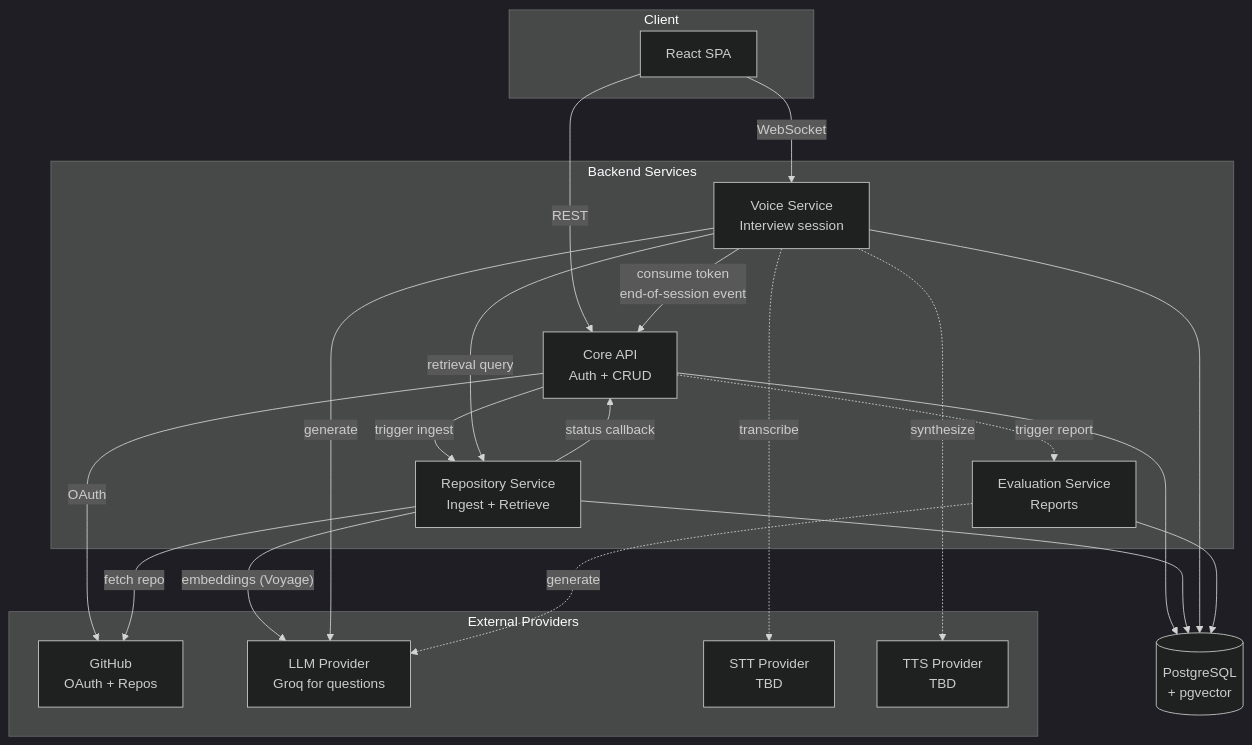
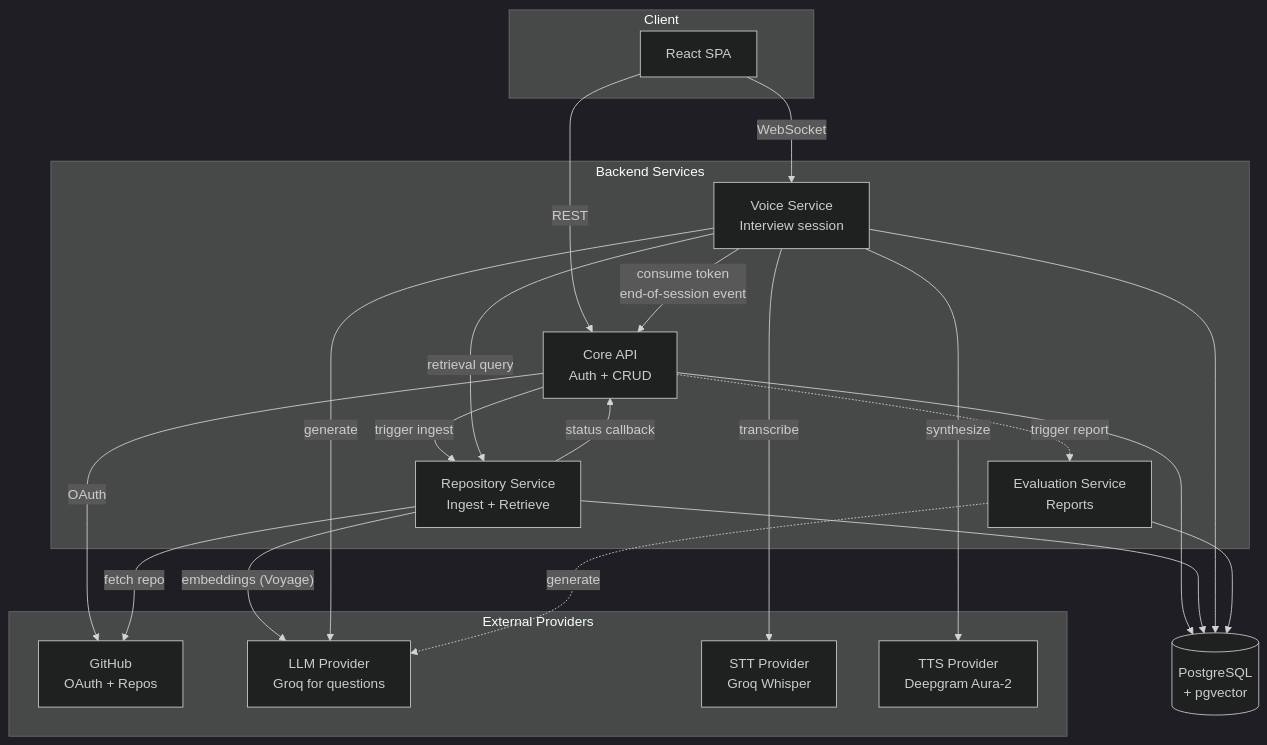
The diagram in docs/architecture.md (missLaiba22/RepoViva), drawn with Mermaid (dark theme) before and after one commit. The commit also changed other lines of this file and 3 other files, not shown here.

````diff
--- a/docs/architecture.md
+++ b/docs/architecture.md
@@ -11,44 +11,44 @@
 ```mermaid
 flowchart TB
     subgraph "Client"
         FE[React SPA]
     end
 
     subgraph "Backend Services"
         CORE[Core API<br/>Auth + CRUD]
         REPO[Repository Service<br/>Ingest + Retrieve]
         VOICE[Voice Service<br/>Interview session]
         EVAL[Evaluation Service<br/>Reports]
     end
 
     DB[(PostgreSQL<br/>+ pgvector)]
 
     subgraph "External Providers"
         GH[GitHub<br/>OAuth + Repos]
         LLM[LLM Provider<br/>Groq for questions]
-        STT[STT Provider<br/>TBD]
-        TTS[TTS Provider<br/>TBD]
+        STT[STT Provider<br/>Groq Whisper]
+        TTS[TTS Provider<br/>Deepgram Aura-2]
     end
 
     FE -- REST --> CORE
     FE -- WebSocket --> VOICE
 
     CORE -- trigger ingest --> REPO
     REPO -- status callback --> CORE
     CORE -. trigger report .-> EVAL
     VOICE -- retrieval query --> REPO
     VOICE -- consume token<br/>end-of-session event --> CORE
 
     CORE --> DB
     REPO --> DB
     VOICE --> DB
     EVAL --> DB
 
     CORE -- OAuth --> GH
     REPO -- fetch repo --> GH
     REPO -- embeddings (Voyage) --> LLM
-    VOICE -. transcribe .-> STT
+    VOICE -- transcribe --> STT
     VOICE -- generate --> LLM
-    VOICE -. synthesize .-> TTS
+    VOICE -- synthesize --> TTS
     EVAL -. generate .-> LLM
 ```
````
